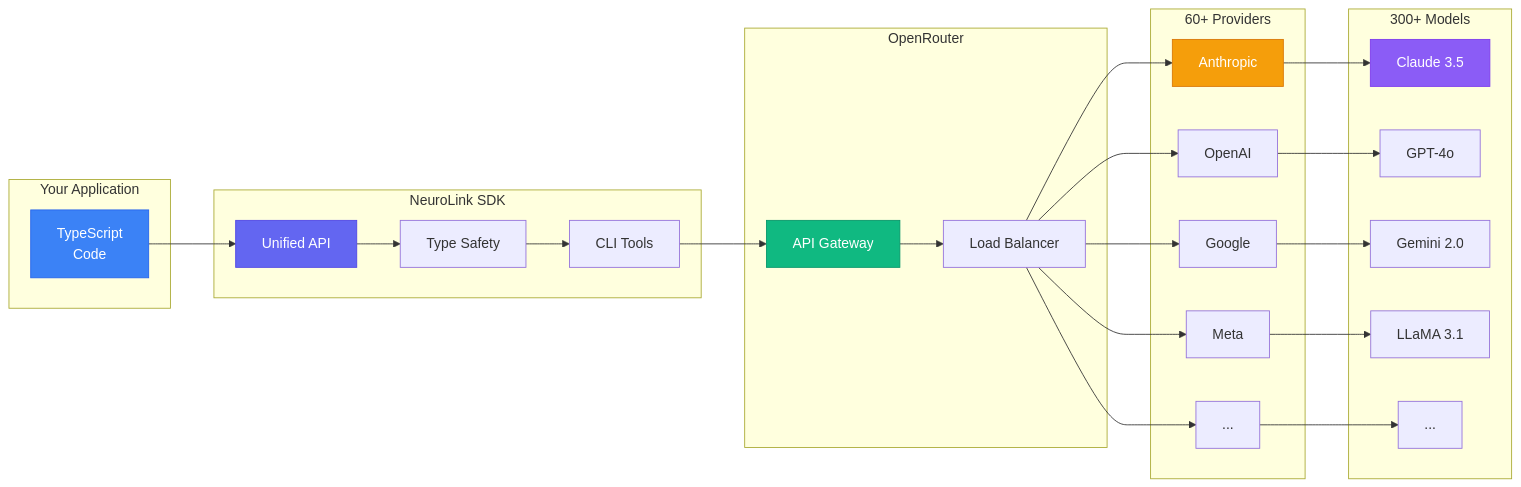
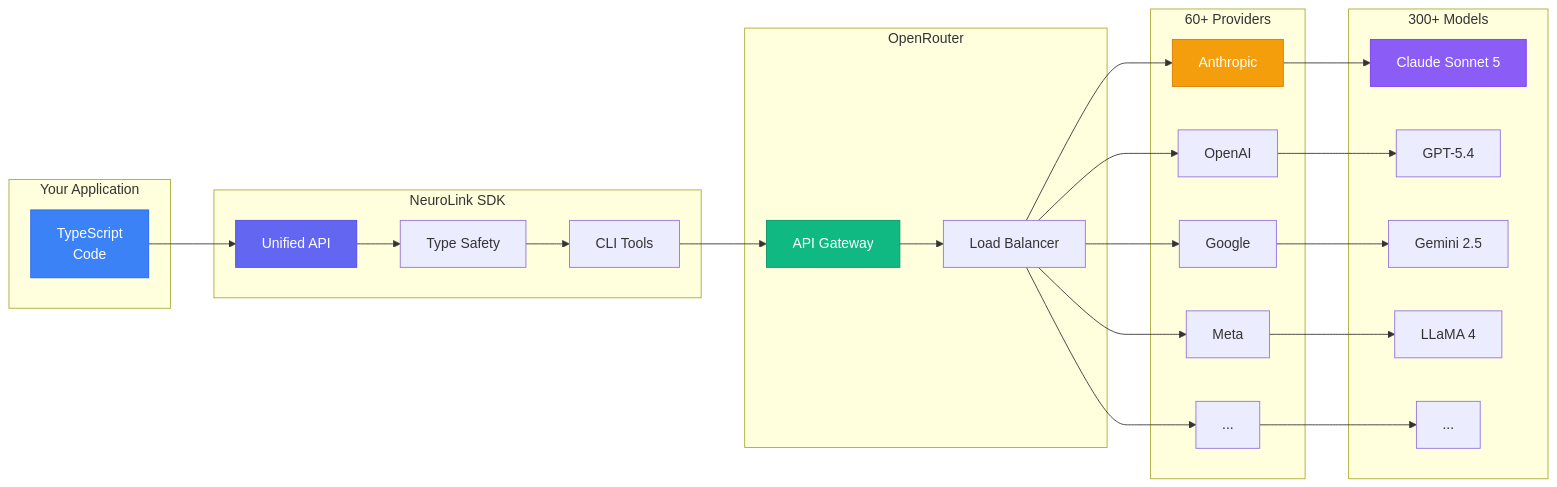
The fifth of 5 diagrams in _posts/2025-12-30-openrouter-integration-guide.md (juspay/neurolink-blog), drawn with Mermaid before and after one commit. The commit also changed other lines of this file and 172 other files, not shown here.

````diff
--- a/_posts/2025-12-30-openrouter-integration-guide.md
+++ b/_posts/2025-12-30-openrouter-integration-guide.md
@@ -798,51 +797,51 @@
 ```mermaid
 flowchart LR
     subgraph Your["Your Application"]
         App["TypeScript<br/>Code"]
     end
 
     subgraph SDK["NeuroLink SDK"]
         API["Unified API"]
         TS["Type Safety"]
         CLI["CLI Tools"]
     end
 
     subgraph OR["OpenRouter"]
         GW["API Gateway"]
         LB["Load Balancer"]
     end
 
     subgraph Providers["60+ Providers"]
         P1["Anthropic"]
         P2["OpenAI"]
         P3["Google"]
         P4["Meta"]
         P5["..."]
     end
 
     subgraph Models["300+ Models"]
-        M1["Claude 3.5"]
-        M2["GPT-4o"]
-        M3["Gemini 2.0"]
-        M4["LLaMA 3.1"]
+        M1["Claude Sonnet 5"]
+        M2["GPT-5.4"]
+        M3["Gemini 2.5"]
+        M4["LLaMA 4"]
         M5["..."]
     end
 
     App --> API
     API --> TS
     TS --> CLI
     CLI --> GW
     GW --> LB
     LB --> P1 & P2 & P3 & P4 & P5
     P1 --> M1
     P2 --> M2
     P3 --> M3
     P4 --> M4
     P5 --> M5
 
     style App fill:#3b82f6,stroke:#2563eb,color:#fff
     style API fill:#6366f1,stroke:#4f46e5,color:#fff
     style GW fill:#10b981,stroke:#059669,color:#fff
     style P1 fill:#f59e0b,stroke:#d97706,color:#fff
     style M1 fill:#8b5cf6,stroke:#7c3aed,color:#fff
 ```
````
